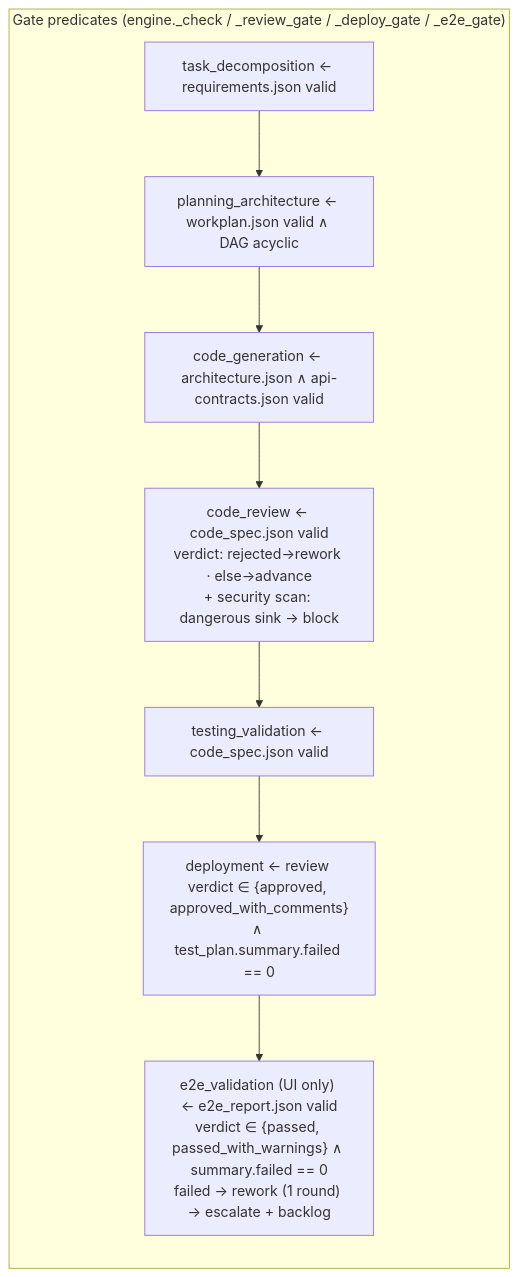
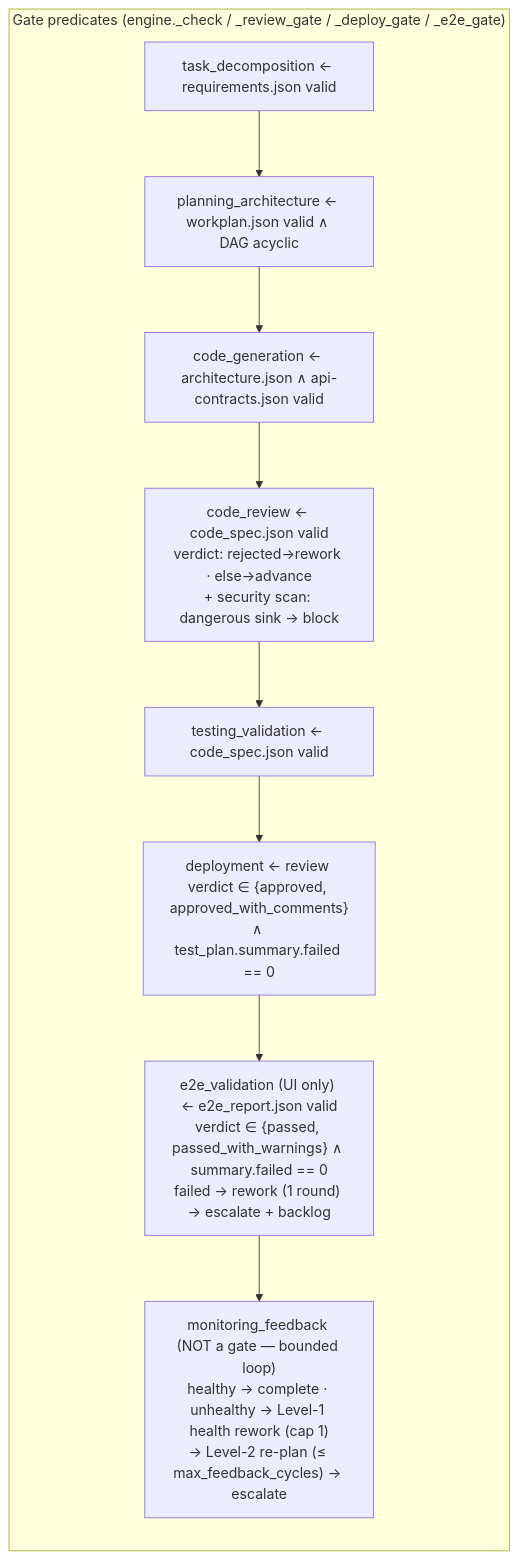
Before and after one commit to Hadkevich/SDLC-fabric: the fourth of 5 diagrams in ARCHITECTURE-DIAGRAM.md, drawn with Mermaid. The commit also changed other lines of this file and 12 other files, not shown here.

First line of the commit message:
feat: close the monitoring_feedback loop (SPEC §3.9)

````diff
--- a/ARCHITECTURE-DIAGRAM.md
+++ b/ARCHITECTURE-DIAGRAM.md
@@ -184,13 +210,14 @@
 ```mermaid
 flowchart LR
   subgraph G["Gate predicates (engine._check / _review_gate / _deploy_gate / _e2e_gate)"]
     g1["task_decomposition ← requirements.json valid"]
     g2["planning_architecture ← workplan.json valid ∧ DAG acyclic"]
     g3["code_generation ← architecture.json ∧ api-contracts.json valid"]
     g4["code_review ← code_spec.json valid<br/>verdict: rejected→rework · else→advance<br/>+ security scan: dangerous sink → block"]
     g5["testing_validation ← code_spec.json valid"]
     g6["deployment ← review verdict ∈ {approved, approved_with_comments}<br/>∧ test_plan.summary.failed == 0"]
     g7["e2e_validation (UI only) ← e2e_report.json valid<br/>verdict ∈ {passed, passed_with_warnings} ∧ summary.failed == 0<br/>failed → rework (1 round) → escalate + backlog"]
+    g8["monitoring_feedback (NOT a gate — bounded loop)<br/>healthy → complete · unhealthy → Level-1 health rework (cap 1)<br/>→ Level-2 re-plan (≤ max_feedback_cycles) → escalate"]
   end
-  g1-->g2-->g3-->g4-->g5-->g6-->g7
+  g1-->g2-->g3-->g4-->g5-->g6-->g7-->g8
 ```
````
